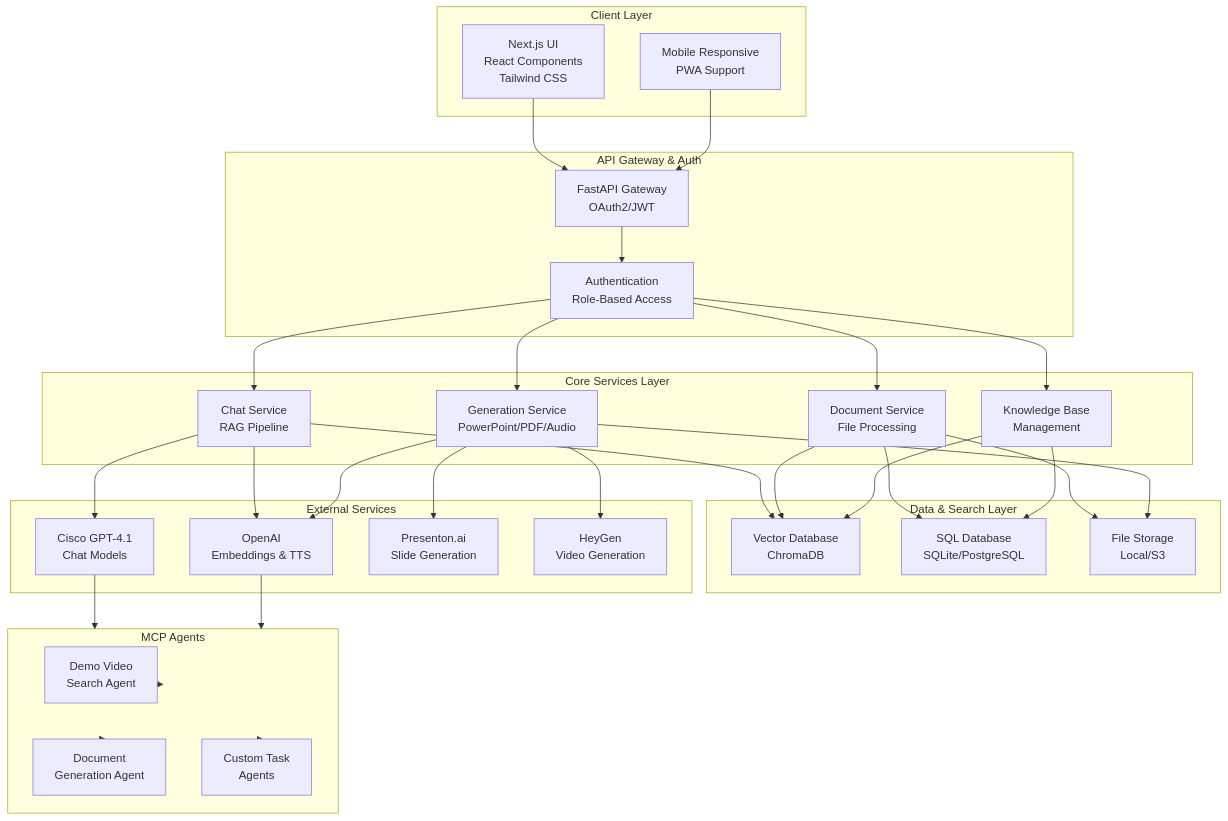
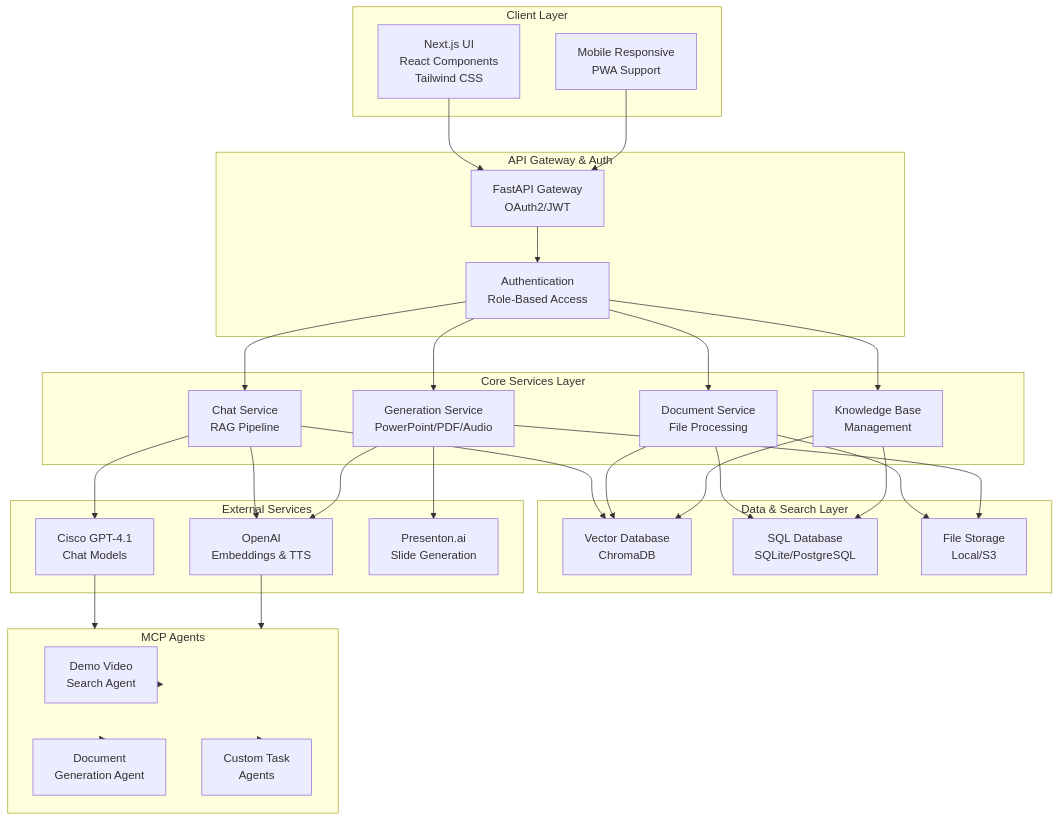
Before and after one commit to thiachan/agent: the first of 19 diagrams in REFERENCE_ARCHITECTURE.md, drawn with Mermaid. The commit also changed other lines of this file and 17 other files, not shown here.

````diff
--- a/REFERENCE_ARCHITECTURE.md
+++ b/REFERENCE_ARCHITECTURE.md
@@ -11,68 +11,66 @@
 ```mermaid
 graph TB
     subgraph Client["Client Layer"]
         UI["Next.js UI\nReact Components\nTailwind CSS"]
         Mobile["Mobile Responsive\nPWA Support"]
     end
     
     subgraph API["API Gateway & Auth"]
         Gateway["FastAPI Gateway\nOAuth2/JWT"]
         Auth["Authentication\nRole-Based Access"]
     end
     
     subgraph Core["Core Services Layer"]
         ChatSvc["Chat Service\nRAG Pipeline"]
         DocSvc["Document Service\nFile Processing"]
         KbSvc["Knowledge Base\nManagement"]
         GenSvc["Generation Service\nPowerPoint/PDF/Audio"]
     end
     
     subgraph Data["Data & Search Layer"]
         VectorDB["Vector Database\nChromaDB"]
         SQLite["SQL Database\nSQLite/PostgreSQL"]
         FileStore["File Storage\nLocal/S3"]
     end
     
     subgraph External["External Services"]
         GPT["Cisco GPT-4.1\nChat Models"]
         OAI["OpenAI\nEmbeddings & TTS"]
         Presenton["Presenton.ai\nSlide Generation"]
-        HeyGen["HeyGen\nVideo Generation"]
     end
     
     subgraph MCP["MCP Agents"]
         DemoAgent["Demo Video\nSearch Agent"]
         DocGenAgent["Document\nGeneration Agent"]
         CustomAgent["Custom Task\nAgents"]
     end
     
     UI --> Gateway
     Mobile --> Gateway
     Gateway --> Auth
     Auth --> ChatSvc
     Auth --> DocSvc
     Auth --> KbSvc
     Auth --> GenSvc
     
     ChatSvc --> VectorDB
     ChatSvc --> GPT
     ChatSvc --> OAI
     
     DocSvc --> SQLite
     DocSvc --> FileStore
     DocSvc --> VectorDB
     
     KbSvc --> SQLite
     KbSvc --> VectorDB
     
     GenSvc --> Presenton
     GenSvc --> OAI
-    GenSvc --> HeyGen
     GenSvc --> FileStore
     
     GPT --> MCP
     OAI --> MCP
     MCP --> DemoAgent
     MCP --> DocGenAgent
     MCP --> CustomAgent
 ```
````
